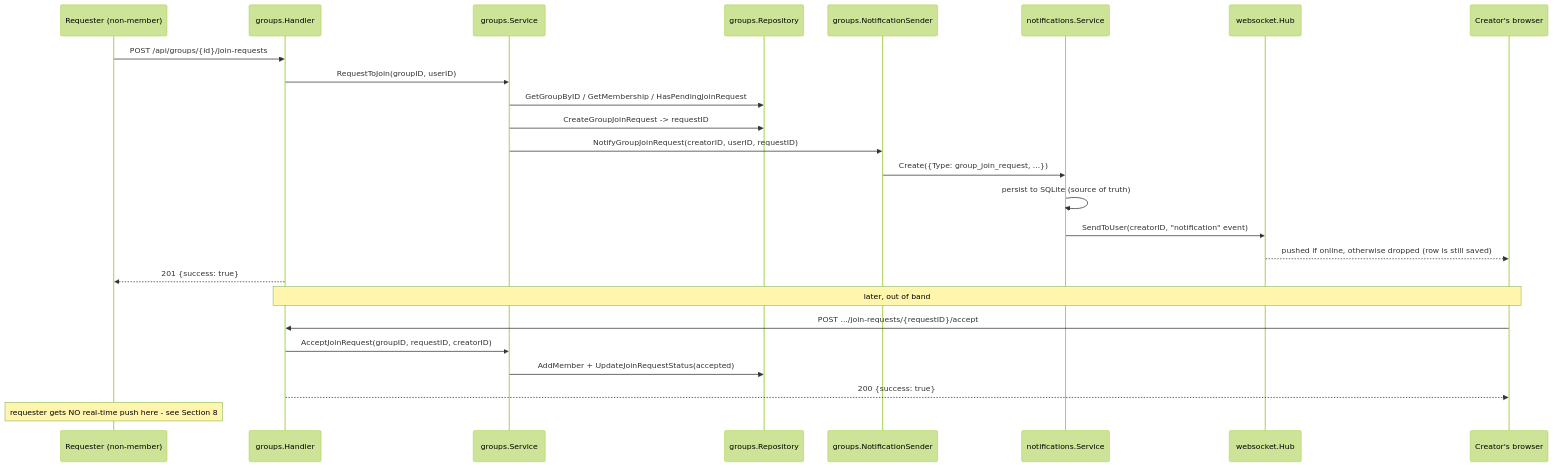
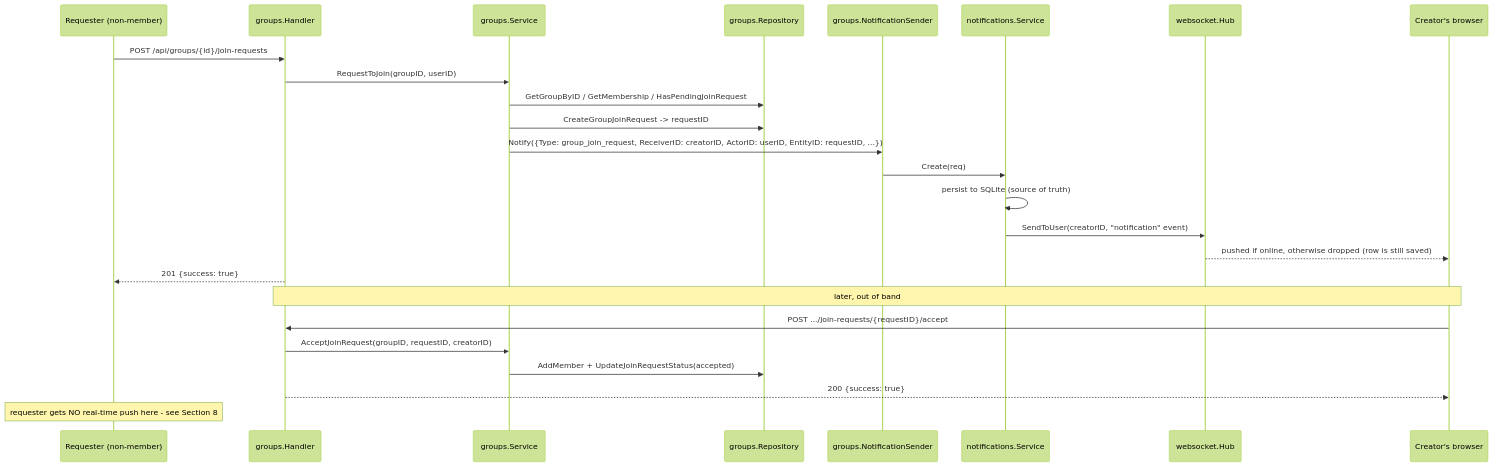
One commit to hussainhht/Spacial-Network changed the first of 3 diagrams in docs/backend_docs/groups-system.md. Above: the diagram before and after it, drawn with Mermaid (forest theme). The commit also changed other lines of this file and 2 other files, not shown here.

````diff
--- a/docs/backend_docs/groups-system.md
+++ b/docs/backend_docs/groups-system.md
@@ -170,29 +170,29 @@
 ```mermaid
 sequenceDiagram
     participant U as Requester (non-member)
     participant API as groups.Handler
     participant Svc as groups.Service
     participant Repo as groups.Repository
     participant Notifier as groups.NotificationSender
     participant NotifSvc as notifications.Service
     participant Hub as websocket.Hub
     participant Creator as Creator's browser
 
     U->>API: POST /api/groups/{id}/join-requests
     API->>Svc: RequestToJoin(groupID, userID)
     Svc->>Repo: GetGroupByID / GetMembership / HasPendingJoinRequest
     Svc->>Repo: CreateGroupJoinRequest -> requestID
-    Svc->>Notifier: NotifyGroupJoinRequest(creatorID, userID, requestID)
-    Notifier->>NotifSvc: Create({Type: group_join_request, ...})
+    Svc->>Notifier: Notify({Type: group_join_request, ReceiverID: creatorID, ActorID: userID, EntityID: requestID, ...})
+    Notifier->>NotifSvc: Create(req)
     NotifSvc->>NotifSvc: persist to SQLite (source of truth)
     NotifSvc->>Hub: SendToUser(creatorID, "notification" event)
     Hub-->>Creator: pushed if online, otherwise dropped (row is still saved)
     API-->>U: 201 {success: true}
 
     Note over Creator,API: later, out of band
     Creator->>API: POST .../join-requests/{requestID}/accept
     API->>Svc: AcceptJoinRequest(groupID, requestID, creatorID)
     Svc->>Repo: AddMember + UpdateJoinRequestStatus(accepted)
     API-->>Creator: 200 {success: true}
     Note over U: requester gets NO real-time push here - see Section 8
 ```
````
